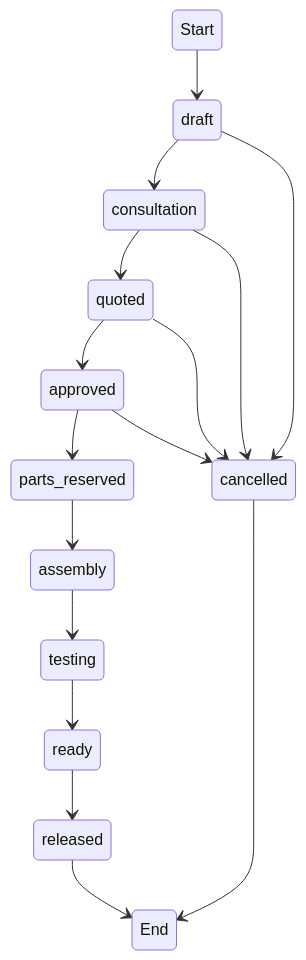
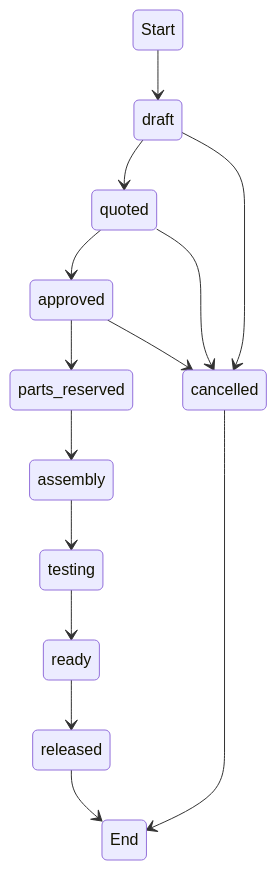
The third of 13 diagrams in docs/DPC-NEXUS-SUPABASE-DATABASE-ARCHITECTURE.md (justinesestina/dream-pc-pos), drawn with Mermaid before and after one commit. The commit also changed other lines of this file and 266 other files, not shown here.

````diff
--- a/docs/DPC-NEXUS-SUPABASE-DATABASE-ARCHITECTURE.md
+++ b/docs/DPC-NEXUS-SUPABASE-DATABASE-ARCHITECTURE.md
@@ -947,18 +937,16 @@
 ```mermaid
 stateDiagram-v2
     Start --> draft
-    draft --> consultation
-    consultation --> quoted
+    draft --> quoted
     quoted --> approved
     approved --> parts_reserved
     parts_reserved --> assembly
     assembly --> testing
     testing --> ready
     ready --> released
     draft --> cancelled
-    consultation --> cancelled
     quoted --> cancelled
     approved --> cancelled
     released --> End
     cancelled --> End
 ```
````
